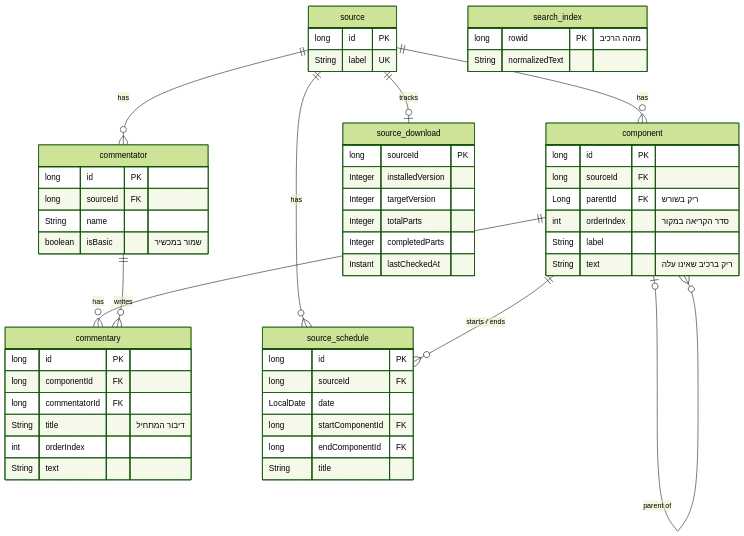
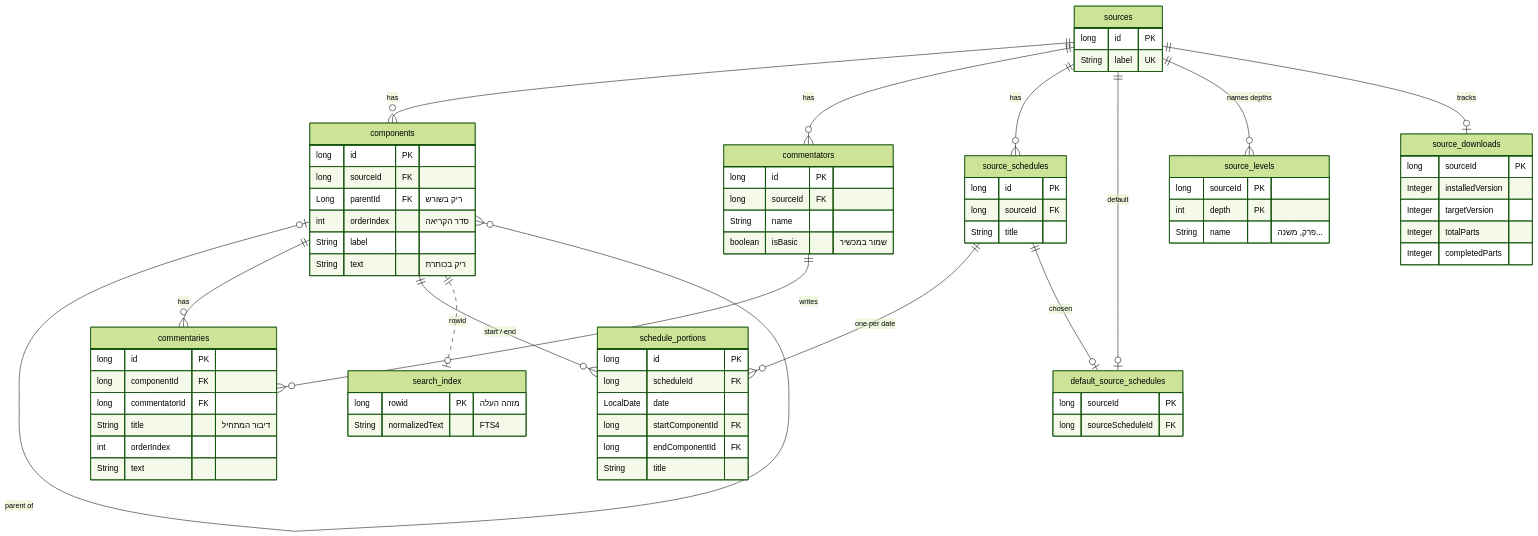
Before and after one commit to codeformegpt-dev/Itim: the second of 3 diagrams in README.md, drawn with Mermaid (forest theme). The commit also changed other lines of this file and 5 other files, not shown here.

````diff
--- a/README.md
+++ b/README.md
@@ -95,58 +332,76 @@
 ```mermaid
 erDiagram
-    source ||--o{ component : "has"
-    component |o--o{ component : "parent of"
-    source ||--o{ commentator : "has"
-    component ||--o{ commentary : "has"
-    commentator ||--o{ commentary : "writes"
-    source ||--o{ source_schedule : "has"
-    component ||--o{ source_schedule : "starts / ends"
-    source ||--o| source_download : "tracks"
+    sources ||--o{ components : "has"
+    components |o--o{ components : "parent of"
+    sources ||--o{ commentators : "has"
+    components ||--o{ commentaries : "has"
+    commentators ||--o{ commentaries : "writes"
+    sources ||--o{ source_schedules : "has"
+    source_schedules ||--o{ schedule_portions : "one per date"
+    components ||--o{ schedule_portions : "start / end"
+    sources ||--o| default_source_schedules : "default"
+    source_schedules ||--o| default_source_schedules : "chosen"
+    sources ||--o{ source_levels : "names depths"
+    sources ||--o| source_downloads : "tracks"
+    components ||..o| search_index : "rowid"
 
-    source {
+    sources {
         long id PK
         String label UK
     }
-    component {
+    components {
         long id PK
         long sourceId FK
         Long parentId FK "ריק בשורש"
-        int orderIndex "סדר הקריאה במקור"
+        int orderIndex "סדר הקריאה"
         String label
-        String text "ריק ברכיב שאינו עלה"
+        String text "ריק בכותרת"
     }
-    commentator {
+    commentators {
         long id PK
         long sourceId FK
         String name
         boolean isBasic "שמור במכשיר"
     }
-    commentary {
+    commentaries {
         long id PK
         long componentId FK
         long commentatorId FK
         String title "דיבור המתחיל"
         int orderIndex
         String text
     }
-    source_schedule {
+    source_schedules {
         long id PK
         long sourceId FK
+        String title
+    }
+    schedule_portions {
+        long id PK
+        long scheduleId FK
         LocalDate date
         long startComponentId FK
         long endComponentId FK
         String title
     }
-    source_download {
+    default_source_schedules {
+        long sourceId PK
+        long sourceScheduleId FK
+    }
+    source_levels {
+        long sourceId PK
+        int depth PK
+        String name "פרק, משנה..."
+    }
+    source_downloads {
         long sourceId PK
         Integer installedVersion
         Integer targetVersion
         Integer totalParts
         Integer completedParts
-        Instant lastCheckedAt
     }
     search_index {
-        long rowid PK "מזהה הרכיב"
-        String normalizedText
+        long rowid PK "מזהה העלה"
+        String normalizedText "FTS4"
     }
 ```
````
